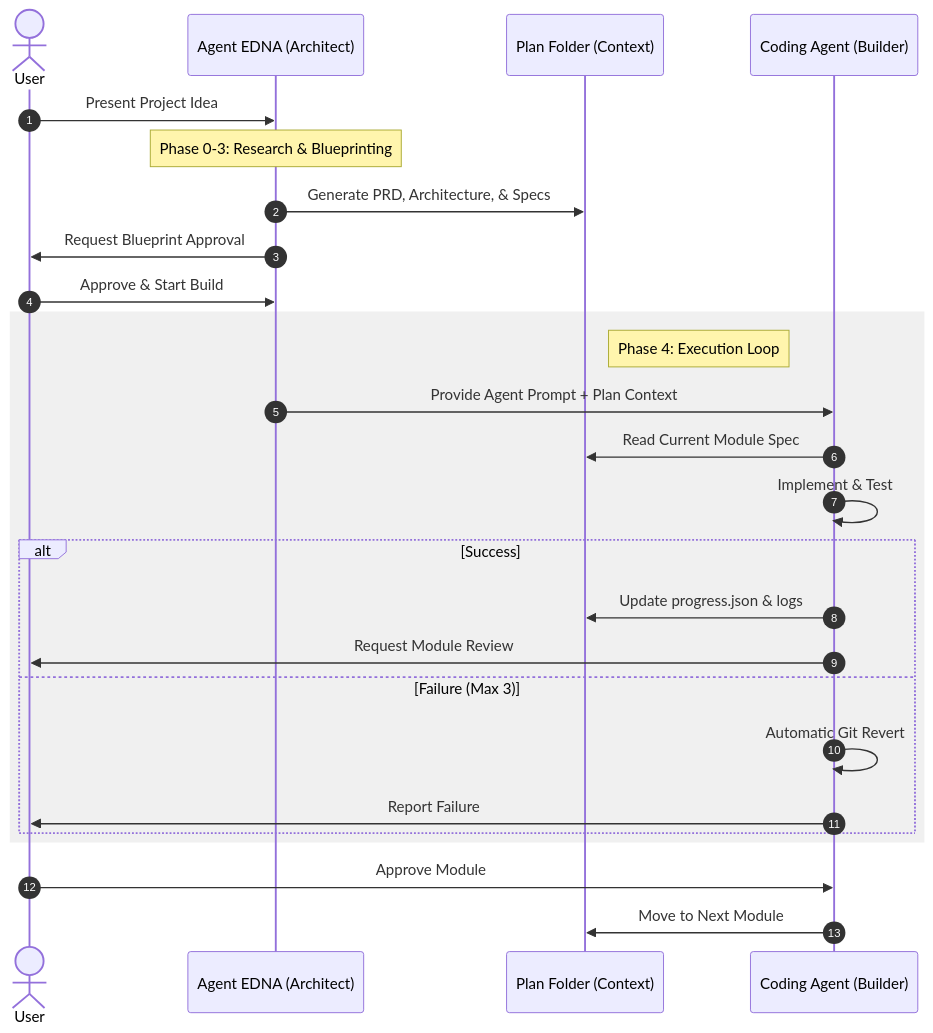
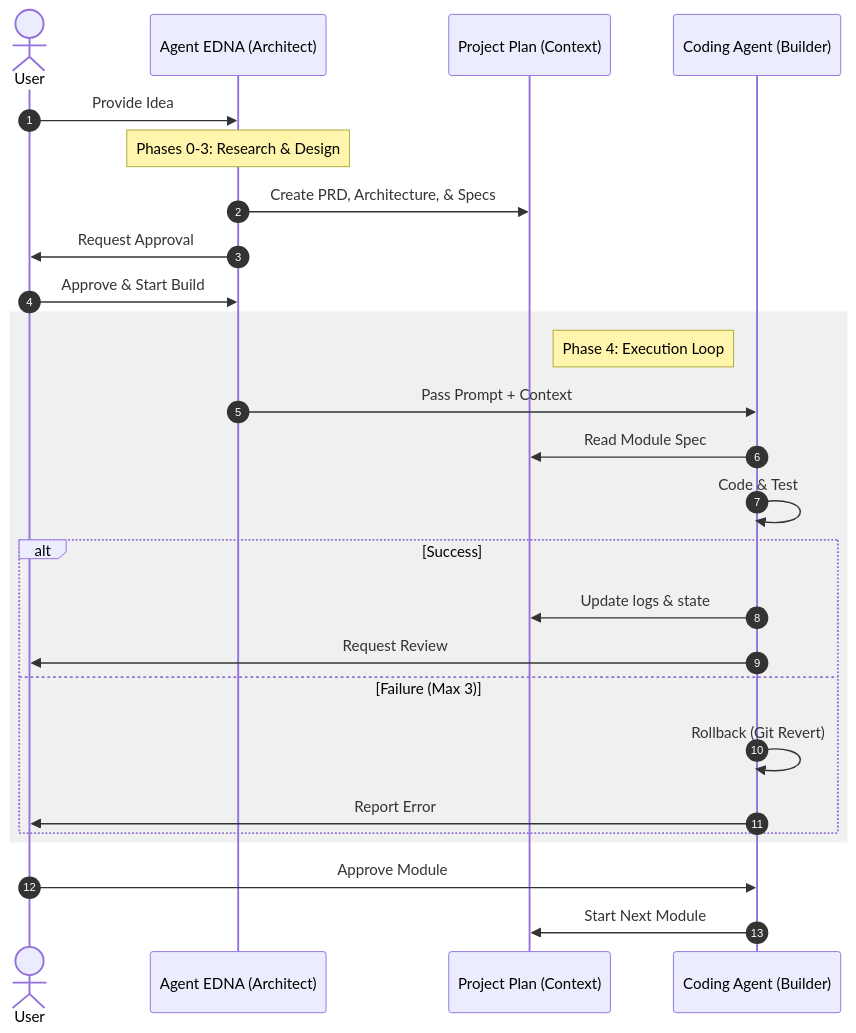
One commit to arinadi/EDNA changed the diagram in how_it_works.md. Above: the diagram before and after it, drawn with Mermaid.

Commit message:
docs: refine sequence diagram labels for clarity

````diff
--- a/how_it_works.md
+++ b/how_it_works.md
@@ -36,31 +36,31 @@
 ```mermaid
 sequenceDiagram
     autonumber
     actor User
     participant EDNA as Agent EDNA (Architect)
-    participant Plan as Plan Folder (Context)
+    participant Plan as Project Plan (Context)
     participant Coder as Coding Agent (Builder)
 
-    User->>EDNA: Present Project Idea
-    Note over EDNA: Phase 0-3: Research & Blueprinting
-    EDNA->>Plan: Generate PRD, Architecture, & Specs
-    EDNA->>User: Request Blueprint Approval
+    User->>EDNA: Provide Idea
+    Note over EDNA: Phases 0-3: Research & Design
+    EDNA->>Plan: Create PRD, Architecture, & Specs
+    EDNA->>User: Request Approval
     User->>EDNA: Approve & Start Build
     
     rect rgb(240, 240, 240)
         Note right of Plan: Phase 4: Execution Loop
-        EDNA->>Coder: Provide Agent Prompt + Plan Context
-        Coder->>Plan: Read Current Module Spec
-        Coder->>Coder: Implement & Test
+        EDNA->>Coder: Pass Prompt + Context
+        Coder->>Plan: Read Module Spec
+        Coder->>Coder: Code & Test
         alt Success
-            Coder->>Plan: Update progress.json & logs
-            Coder->>User: Request Module Review
+            Coder->>Plan: Update logs & state
+            Coder->>User: Request Review
         else Failure (Max 3)
-            Coder->>Coder: Automatic Git Revert
-            Coder->>User: Report Failure
+            Coder->>Coder: Rollback (Git Revert)
+            Coder->>User: Report Error
         end
     end
     
     User->>Coder: Approve Module
-    Coder->>Plan: Move to Next Module
+    Coder->>Plan: Start Next Module
 ```
````
